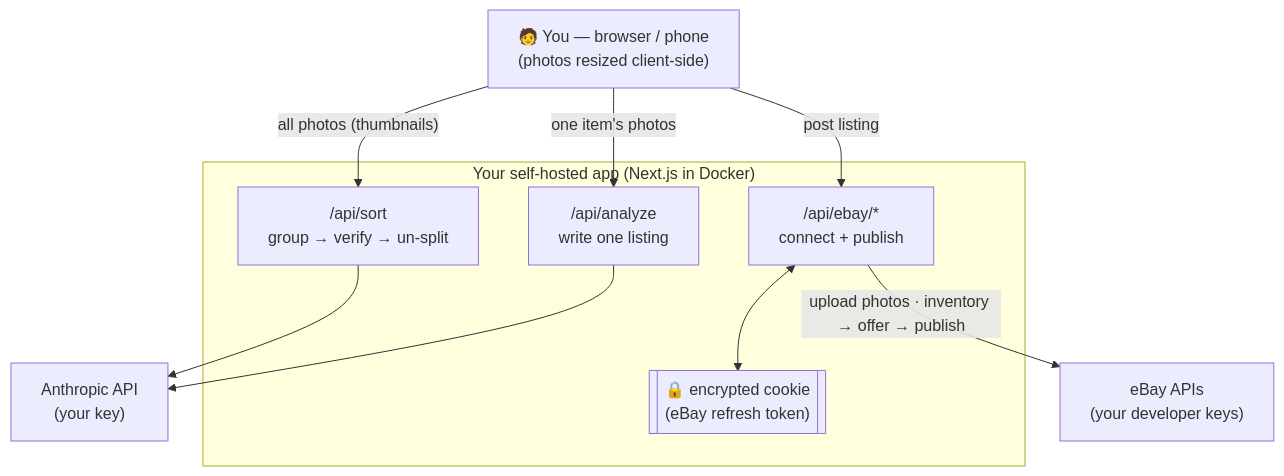
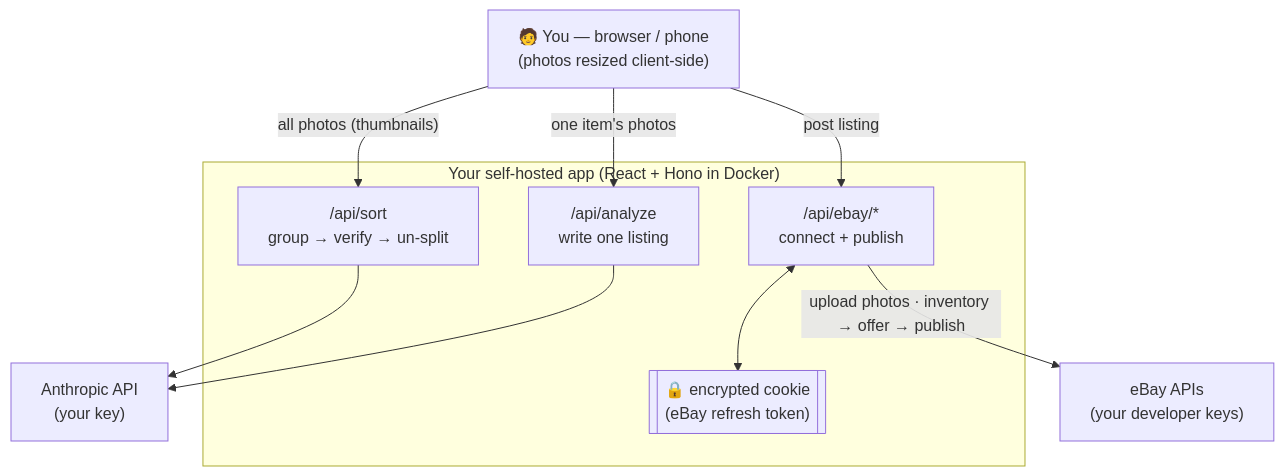
Before and after one commit to monkeyx-net/hahm-ebay-lister: the diagram in README.md, drawn with Mermaid. The commit also changed other lines of this file and 32 other files, not shown here.

First line of the commit message:
feat: replace Next.js with Vite (React SPA) + Hono server (#2)

````diff
--- a/README.md
+++ b/README.md
@@ -150,20 +151,20 @@
 ```mermaid
 flowchart TD
     U["🧑 You — browser / phone<br/>(photos resized client-side)"]
-    subgraph V["Your self-hosted app (Next.js in Docker)"]
+    subgraph V["Your self-hosted app (React + Hono in Docker)"]
         S["/api/sort<br/>group → verify → un-split"]
         A["/api/analyze<br/>write one listing"]
         E["/api/ebay/*<br/>connect + publish"]
         C[["🔒 encrypted cookie<br/>(eBay refresh token)"]]
     end
     AN["Anthropic API<br/>(your key)"]
     EB["eBay APIs<br/>(your developer keys)"]
 
     U -->|"all photos (thumbnails)"| S
     U -->|"one item's photos"| A
     U -->|"post listing"| E
     S --> AN
     A --> AN
     E <--> C
     E -->|"upload photos · inventory → offer → publish"| EB
 ```
````
